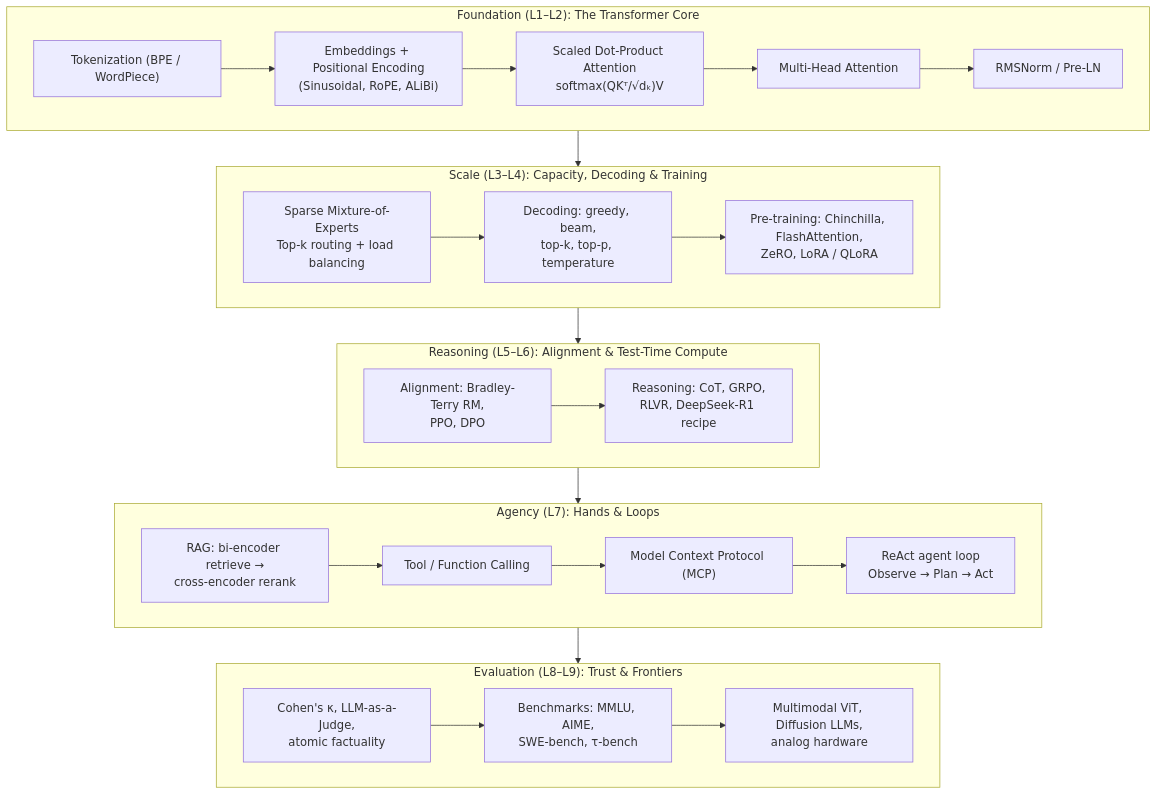
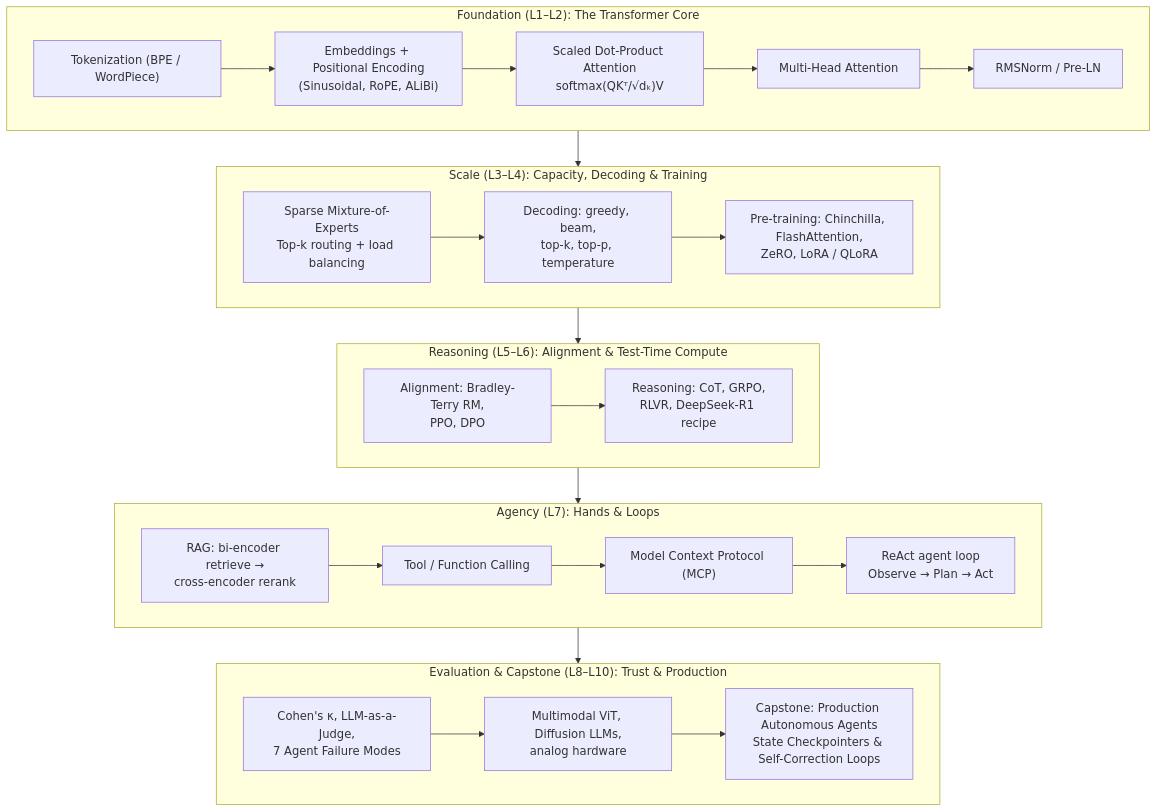
The second of 2 diagrams in content/docs/ai-agents/agentic-ai/index.mdx (1345AbhishekKumar/cs-cookbook), drawn with Mermaid before and after one commit. The commit also changed other lines of this file and 299 other files, not shown here.

````diff
--- a/content/docs/ai-agents/agentic-ai/index.mdx
+++ b/content/docs/ai-agents/agentic-ai/index.mdx
@@ -42,26 +45,26 @@
 ```mermaid
 flowchart TD
     subgraph F["Foundation (L1–L2): The Transformer Core"]
         Tok["Tokenization (BPE / WordPiece)"] --> Emb["Embeddings + Positional Encoding<br/>(Sinusoidal, RoPE, ALiBi)"]
         Emb --> Attn["Scaled Dot-Product Attention<br/>softmax(QKᵀ/√dₖ)V"]
         Attn --> MHA["Multi-Head Attention"]
         MHA --> Norm["RMSNorm / Pre-LN"]
     end
     subgraph S["Scale (L3–L4): Capacity, Decoding & Training"]
         MoE["Sparse Mixture-of-Experts<br/>Top-k routing + load balancing"] --> Dec["Decoding: greedy, beam,<br/>top-k, top-p, temperature"]
         Dec --> Train["Pre-training: Chinchilla, FlashAttention,<br/>ZeRO, LoRA / QLoRA"]
     end
     subgraph R["Reasoning (L5–L6): Alignment & Test-Time Compute"]
         Align["Alignment: Bradley-Terry RM,<br/>PPO, DPO"] --> Reason["Reasoning: CoT, GRPO,<br/>RLVR, DeepSeek-R1 recipe"]
     end
     subgraph G["Agency (L7): Hands & Loops"]
         RAG["RAG: bi-encoder retrieve →<br/>cross-encoder rerank"] --> Tools["Tool / Function Calling"]
         Tools --> MCP["Model Context Protocol (MCP)"]
         MCP --> ReAct["ReAct agent loop<br/>Observe → Plan → Act"]
     end
-    subgraph E["Evaluation (L8–L9): Trust & Frontiers"]
-        Judge["Cohen's κ, LLM-as-a-Judge,<br/>atomic factuality"] --> Bench["Benchmarks: MMLU, AIME,<br/>SWE-bench, τ-bench"]
-        Bench --> Front["Multimodal ViT, Diffusion LLMs,<br/>analog hardware"]
+    subgraph E["Evaluation & Capstone (L8–L10): Trust & Production"]
+        Judge["Cohen's κ, LLM-as-a-Judge,<br/>7 Agent Failure Modes"] --> Front["Multimodal ViT, Diffusion LLMs,<br/>analog hardware"]
+        Front --> Capstone["Capstone: Production Autonomous Agents<br/>State Checkpointers & Self-Correction Loops"]
     end
     F --> S --> R --> G --> E
 ```
````
